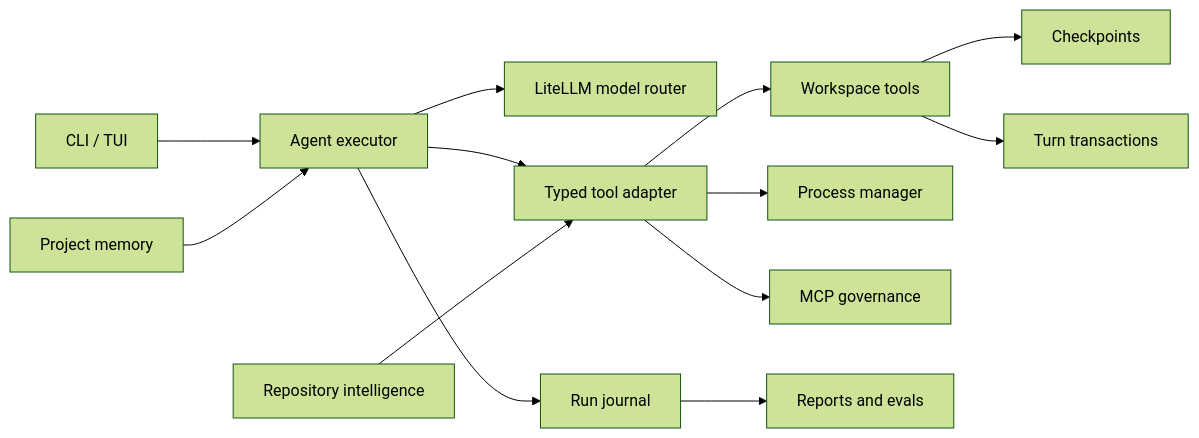
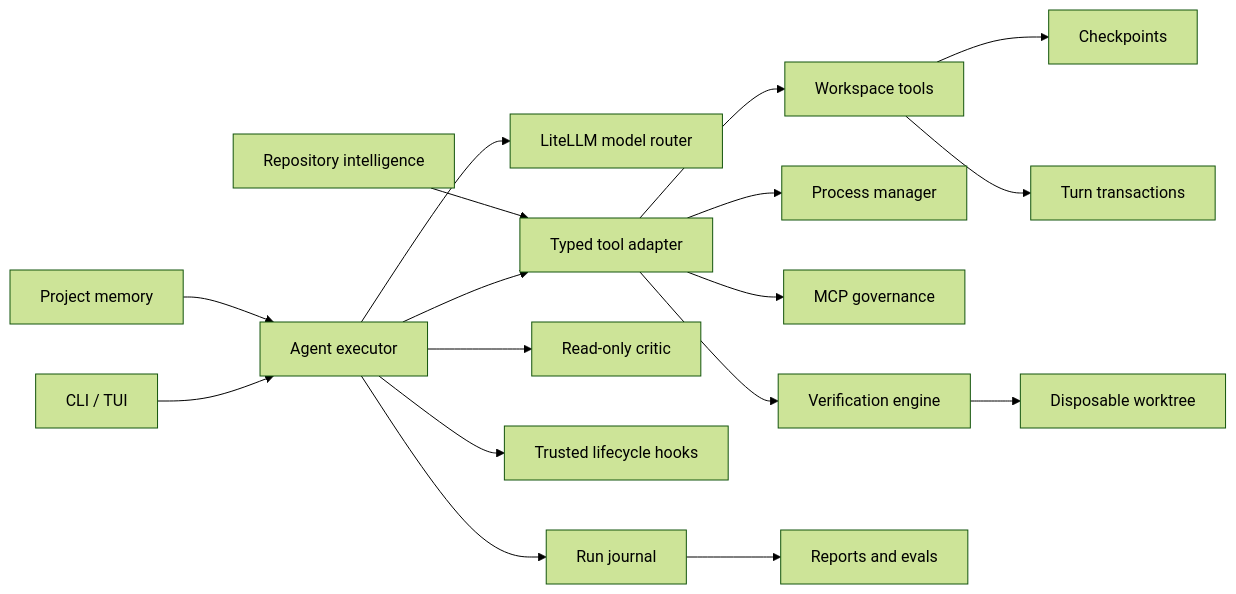
One commit to RithyBondeth/Apsara-Agentic-API changed the diagram in docs/AGENT_RUNTIME.md. Above: the diagram before and after it, drawn with Mermaid (forest theme). The commit also changed other lines of this file and 19 other files, not shown here.

````diff
--- a/docs/AGENT_RUNTIME.md
+++ b/docs/AGENT_RUNTIME.md
@@ -6,15 +6,19 @@
 ```mermaid
 flowchart LR
   UI[CLI / TUI] --> EX[Agent executor]
   EX --> LLM[LiteLLM model router]
   EX --> TOOLS[Typed tool adapter]
   TOOLS --> FS[Workspace tools]
   TOOLS --> PROC[Process manager]
   TOOLS --> MCP[MCP governance]
+  TOOLS --> VERIFY[Verification engine]
+  VERIFY --> ISO[Disposable worktree]
+  EX --> CRITIC[Read-only critic]
+  EX --> HOOKS[Trusted lifecycle hooks]
   EX --> RUN[Run journal]
   FS --> CP[Checkpoints]
   FS --> TURN[Turn transactions]
   RUN --> REPORT[Reports and evals]
   MEM[Project memory] --> EX
   MAP[Repository intelligence] --> TOOLS
 ```
````
